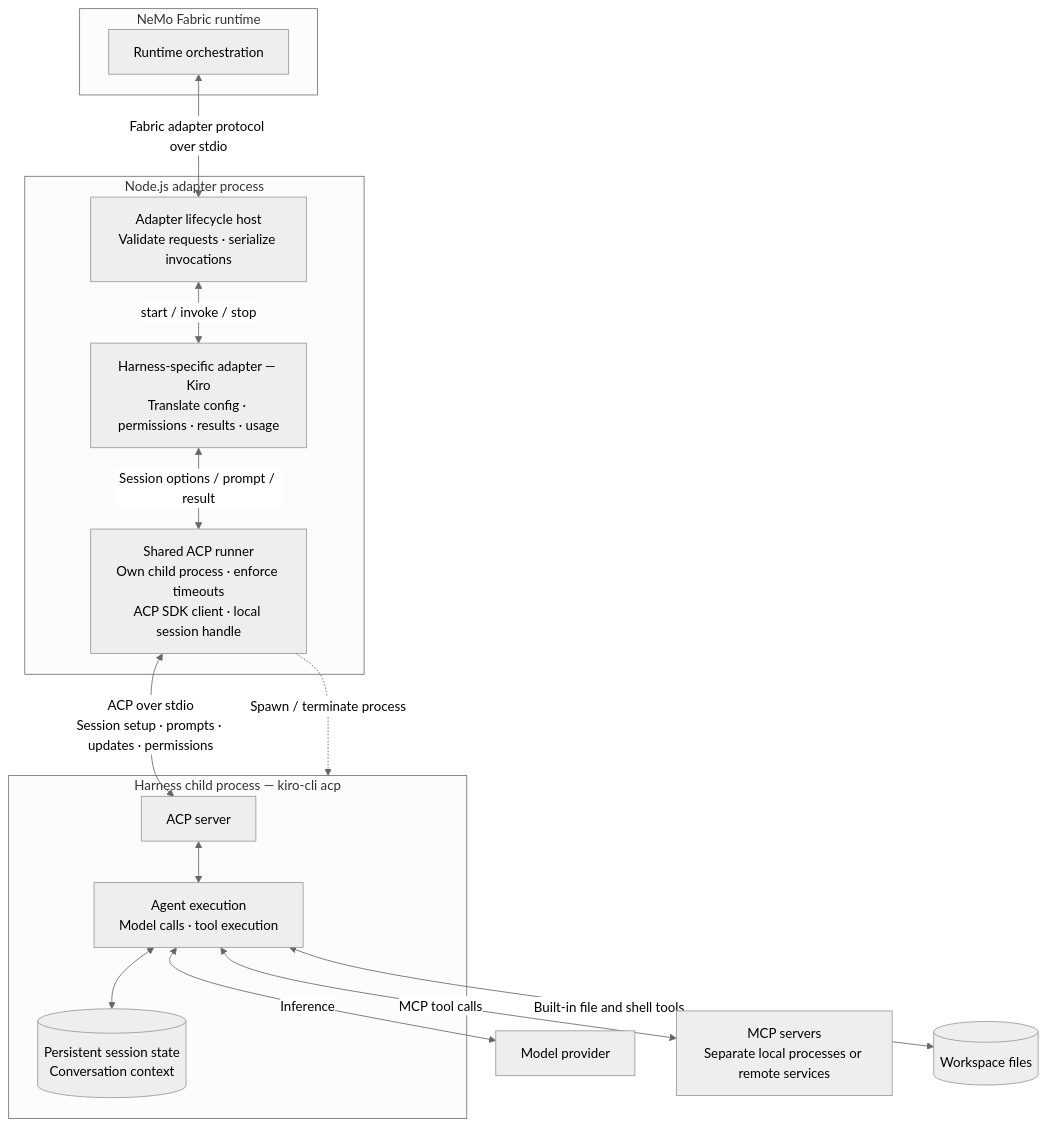
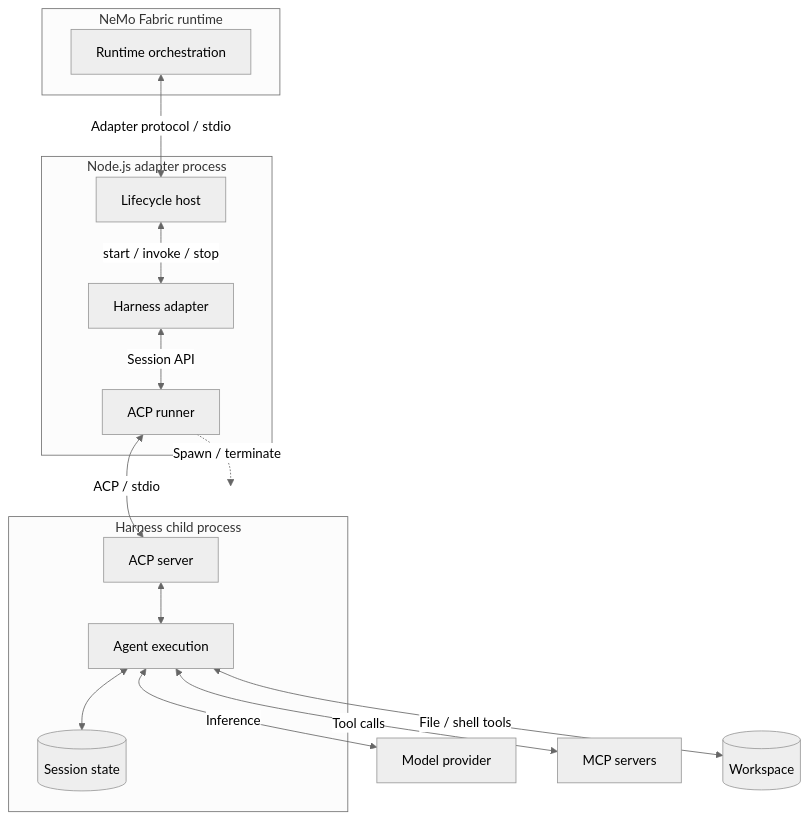
Before and after one commit to NVIDIA/NeMo-Fabric: the diagram in adapters/typescript/common/acp-runner.md, drawn with Mermaid (neutral theme). The commit also changed other lines of this file, not shown here.

Commit message:
docs: streamline ACP runner lifecycle guide

````diff
--- a/adapters/typescript/common/acp-runner.md
+++ b/adapters/typescript/common/acp-runner.md
@@ -16,36 +16,36 @@
 ```mermaid
 flowchart TB
   subgraph Fabric["NeMo Fabric runtime"]
     Runtime["Runtime orchestration"]
   end
 
   subgraph AdapterProcess["Node.js adapter process"]
-    Host["Adapter lifecycle host<br/>Validate requests · serialize invocations"]
-    Adapter["Harness-specific adapter — Kiro<br/>Translate config · permissions · results · usage"]
-    Runner["Shared ACP runner<br/>Own child process · enforce timeouts<br/>ACP SDK client · local session handle"]
+    Host["Lifecycle host"]
+    Adapter["Harness adapter"]
+    Runner["ACP runner"]
 
     Host <-->|"start / invoke / stop"| Adapter
-    Adapter <-->|"Session options / prompt / result"| Runner
+    Adapter <-->|"Session API"| Runner
   end
 
-  subgraph HarnessProcess["Harness child process — kiro-cli acp"]
+  subgraph HarnessProcess["Harness child process"]
     Endpoint["ACP server"]
-    Engine["Agent execution<br/>Model calls · tool execution"]
-    State[("Persistent session state<br/>Conversation context")]
+    Engine["Agent execution"]
+    State[("Session state")]
 
     Endpoint <--> Engine
     Engine <--> State
   end
 
   Model["Model provider"]
-  MCP["MCP servers<br/>Separate local processes or remote services"]
-  Workspace[("Workspace files")]
+  MCP["MCP servers"]
+  Workspace[("Workspace")]
 
-  Runtime <-->|"Fabric adapter protocol over stdio"| Host
-  Runner <-->|"ACP over stdio<br/>Session setup · prompts · updates · permissions"| Endpoint
-  Runner -.->|"Spawn / terminate process"| HarnessProcess
+  Runtime <-->|"Adapter protocol / stdio"| Host
+  Runner <-->|"ACP / stdio"| Endpoint
+  Runner -.->|"Spawn / terminate"| HarnessProcess
 
   Engine <-->|"Inference"| Model
-  Engine <-->|"MCP tool calls"| MCP
-  Engine <-->|"Built-in file and shell tools"| Workspace
+  Engine <-->|"Tool calls"| MCP
+  Engine <-->|"File / shell tools"| Workspace
 ```
````
